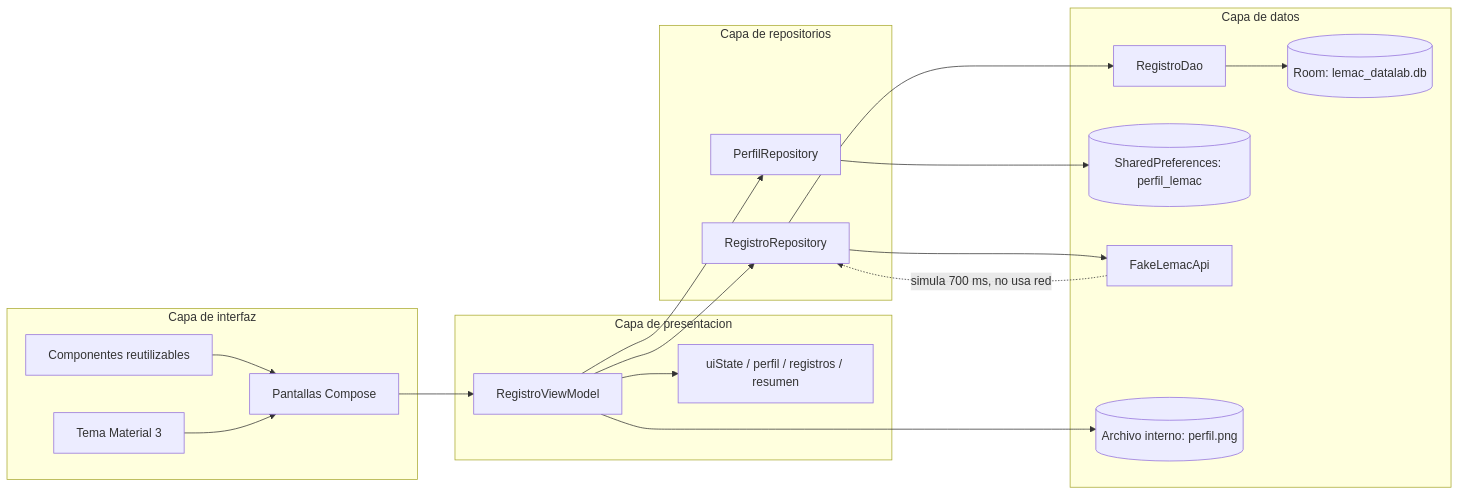
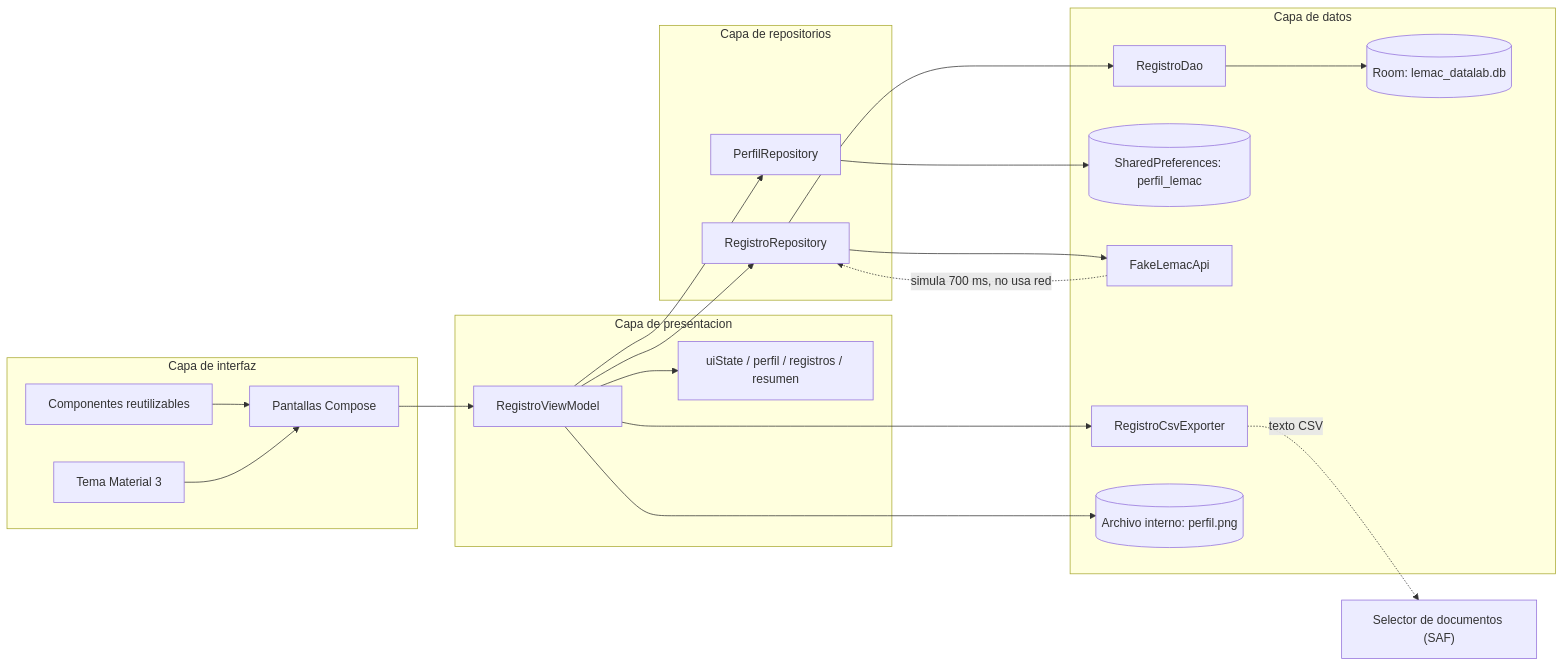
One commit to simcaceres/limpio_model changed the first of 5 diagrams in docs/GUIA_ESTUDIO.md. Above: the diagram before and after it, drawn with Mermaid. The commit also changed other lines of this file and 14 other files, not shown here.

````diff
--- a/docs/GUIA_ESTUDIO.md
+++ b/docs/GUIA_ESTUDIO.md
@@ -25,39 +26,42 @@
 ```mermaid
 flowchart LR
     subgraph UI["Capa de interfaz"]
         P["Pantallas Compose"]
         C["Componentes reutilizables"]
         T["Tema Material 3"]
     end
 
     subgraph VM["Capa de presentacion"]
         RVM["RegistroViewModel"]
         STATE["uiState / perfil / registros / resumen"]
     end
 
     subgraph REPO["Capa de repositorios"]
         RR["RegistroRepository"]
         PR["PerfilRepository"]
     end
 
     subgraph DATA["Capa de datos"]
         DAO["RegistroDao"]
         ROOM[("Room: lemac_datalab.db")]
         PREFS[("SharedPreferences: perfil_lemac")]
         API["FakeLemacApi"]
+        CSV["RegistroCsvExporter"]
         FILE[("Archivo interno: perfil.png")]
     end
 
     P --> RVM
     C --> P
     T --> P
     RVM --> STATE
     RVM --> RR
     RVM --> PR
+    RVM --> CSV
     RR --> DAO
     DAO --> ROOM
     RR --> API
     PR --> PREFS
     RVM --> FILE
+    CSV -. "texto CSV" .-> SAF["Selector de documentos (SAF)"]
     API -. "simula 700 ms, no usa red" .-> RR
 ```
````
